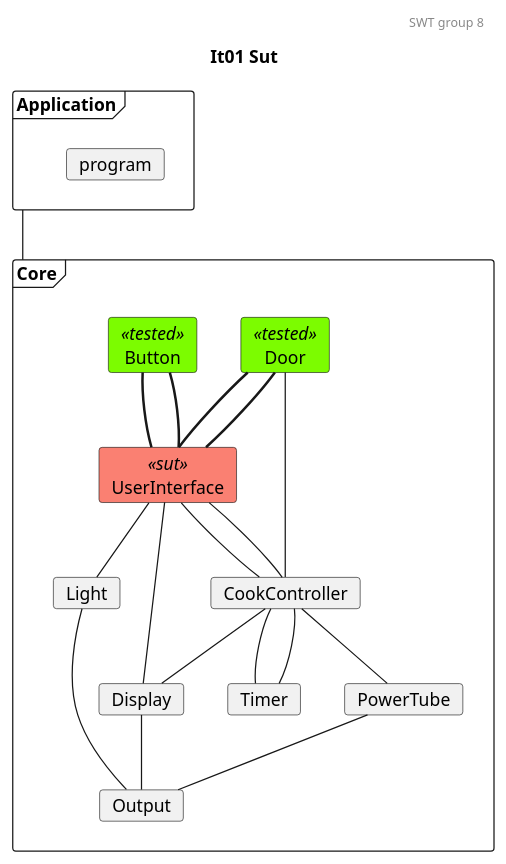
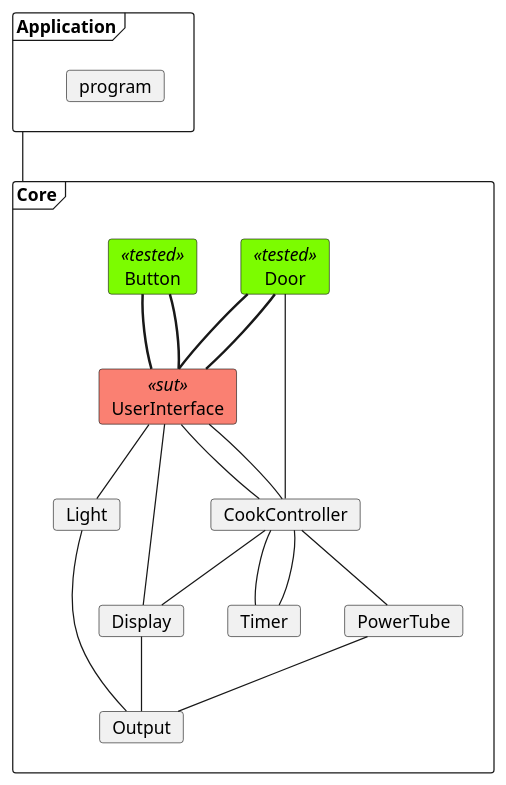
Before and after one commit to mikkel-ol/I4SWT-MicrowaveOven: the diagram in docs/SysTestTree1.plantuml, drawn with PlantUML. The commit also changed 3 other files, not shown here.

Commit message:
Add UI Door tests + Remove title and Header from UML

```diff
--- a/docs/SysTestTree1.plantuml
+++ b/docs/SysTestTree1.plantuml
@@ -1,77 +1,74 @@
-@startuml
+@startuml IT01-Sut
 
 'Testing colors:
 skinparam card{
     backgroundColor<<tested>> lawngreen
     backgroundColor<<sut>> salmon
     backgroundColor<<test>> salmon
     backgroundColor<<fake>> gold
 }
-
-header SWT group 8
-title It01 Sut
 
 frame Application{
     card program
 }
 
 frame Core{
 '0.
     card Door<<tested>>
     card Button<<tested>>
 
 '1.
     card UserInterface<<sut>>
 
 '2.
     card CookController
     card Light
 
 '3.
     card Timer
     card PowerTube
     card Display
 
 '4 
     card Output
 
 
 }
 Application -- Core
 
 'Relations projects
 ' 0. to 1.
 Door -[thickness=2]- UserInterface
 Door -[thickness=2]- UserInterface
 
 Button -[thickness=2]- UserInterface
 Button -[thickness=2]- UserInterface
 
 
 'Relations CookController:
 '1.
 UserInterface -- CookController
 UserInterface -- CookController
 '1. to 2.
 Door -- CookController
 
 
 CookController -- PowerTube
 
 '1. to 2.
 UserInterface -- Display
 UserInterface -- Light
 CookController -- Display
 
 CookController -- Timer
 CookController -- Timer 
 
 
 ' Relations 2. to 3.
 Light -- Output
 Display -- Output
 PowerTube -- Output
 
 
 
 @enduml
```
